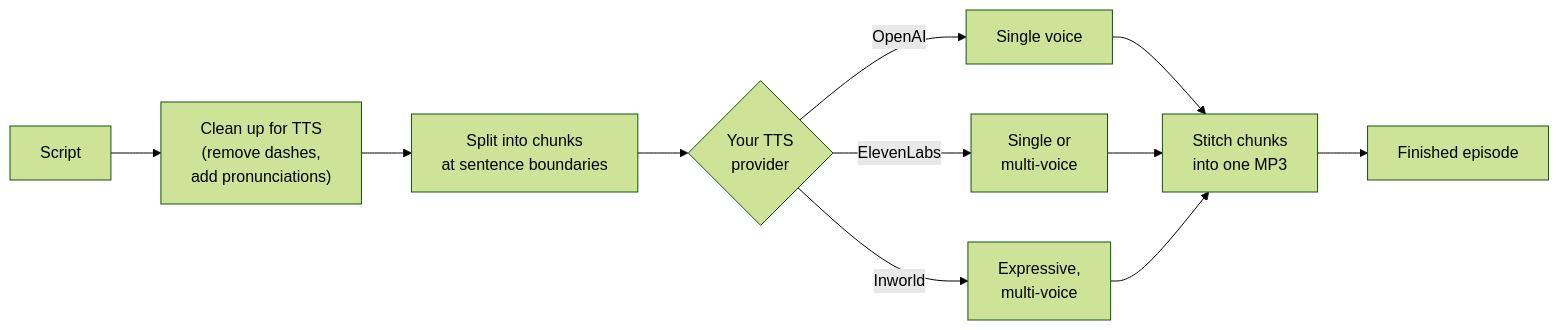
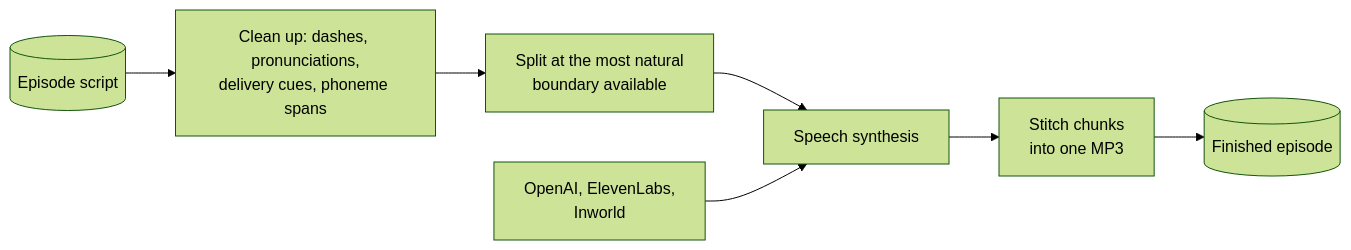
The sixth of 8 diagrams in README.md (sourcelabs-nl/ai-podcast-studio), drawn with Mermaid (forest theme) before and after one commit. The commit also changed other lines of this file and 8 other files, not shown here.

First line of the commit message:
docs(readme): put the pipeline stages up front and render every diagram

````diff
--- a/README.md
+++ b/README.md
@@ -93,13 +147,9 @@
 ```mermaid
-flowchart LR
-    SCRIPT["Script"] --> SAN["Clean up for TTS<br/>(remove dashes,<br/>add pronunciations)"]
-    SAN --> CHUNK["Split into chunks<br/>at sentence boundaries"]
-    CHUNK --> TTS{"Your TTS<br/>provider"}
-    TTS -->|"OpenAI"| O["Single voice"]
-    TTS -->|"ElevenLabs"| EL["Single or<br/>multi-voice"]
-    TTS -->|"Inworld"| IW["Expressive,<br/>multi-voice"]
-    O --> FF["Stitch chunks<br/>into one MP3"]
-    EL --> FF
-    IW --> FF
-    FF --> MP3["Finished episode"]
+graph LR
+    SCRIPT[("Episode script")]:::datastore --> SAN["Clean up: dashes, pronunciations,<br/>delivery cues, phoneme spans"]:::service
+    SAN --> CHUNK["Split at the most natural<br/>boundary available"]:::service
+    CHUNK --> TTS["Speech synthesis"]:::platform
+    PROV["OpenAI, ElevenLabs,<br/>Inworld"]:::external --> TTS
+    TTS --> FF["Stitch chunks<br/>into one MP3"]:::service
+    FF --> MP3[("Finished episode")]:::datastore
 ```
````
